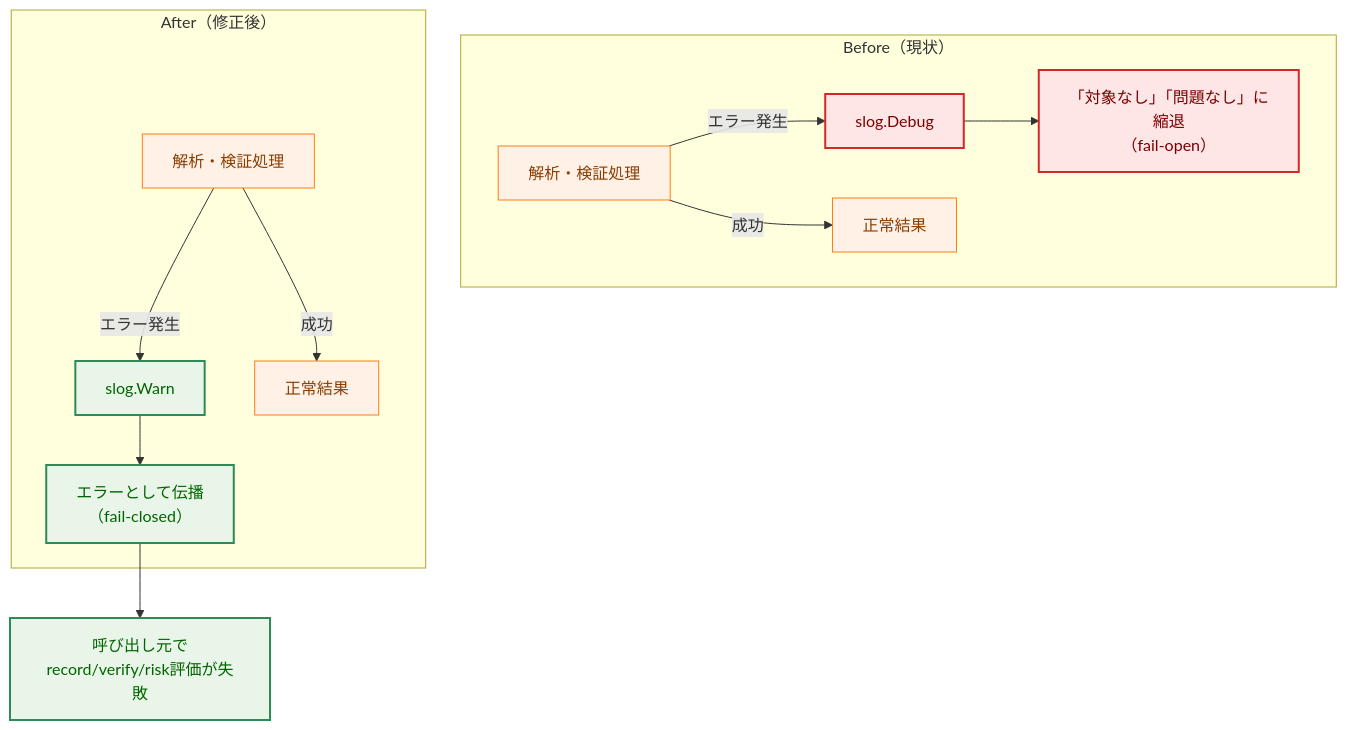
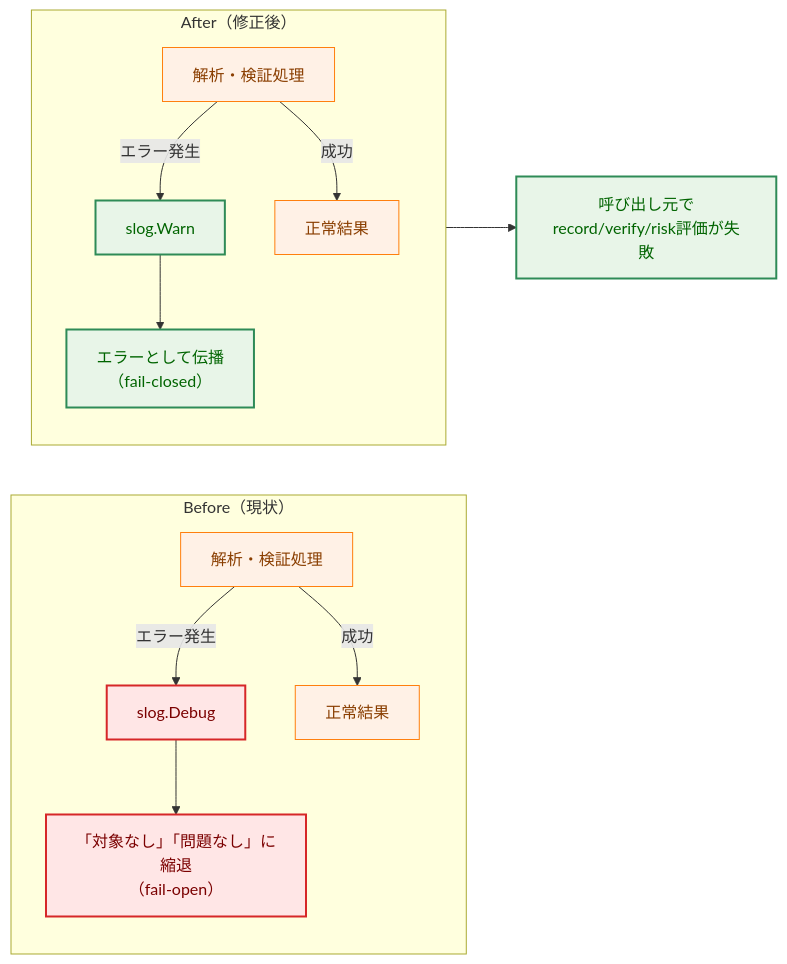
Before and after one commit to isseis/go-safe-cmd-runner: the first of 5 diagrams in docs/tasks/0153_failopen_error_handling_crosscut/02_architecture.md, drawn with Mermaid. The commit also changed other lines of this file, not shown here.

First line of the commit message:
docs(0153): replace Mermaid diagrams with tables in sections 1.2 and 2.1

````diff
--- a/docs/tasks/0153_failopen_error_handling_crosscut/02_architecture.md
+++ b/docs/tasks/0153_failopen_error_handling_crosscut/02_architecture.md
@@ -37,26 +37,28 @@
 ```mermaid
-flowchart TD
+flowchart LR
     classDef process fill:#fff1e6,stroke:#ff7f0e,stroke-width:1px,color:#8a3e00;
     classDef problem fill:#ffe6e6,stroke:#d62728,stroke-width:2px,color:#7b0000;
     classDef enhanced fill:#e8f5e8,stroke:#2e8b57,stroke-width:2px,color:#006400;
 
     subgraph Before["Before（現状）"]
+        direction TB
         S1["解析・検証処理"] -->|"エラー発生"| L1["slog.Debug"]
         L1 --> R1["「対象なし」「問題なし」に縮退<br>（fail-open）"]
         S1 -->|"成功"| N1["正常結果"]
     end
 
     subgraph After["After（修正後）"]
+        direction TB
         S2["解析・検証処理"] -->|"エラー発生"| L2["slog.Warn"]
         L2 --> R2["エラーとして伝播<br>（fail-closed）"]
         S2 -->|"成功"| N2["正常結果"]
     end
 
     class S1,S2 process
     class L1,R1 problem
     class L2,R2 enhanced
     class N1,N2 process
 
-    R2 --> Caller["呼び出し元で<br>record/verify/risk評価が失敗"]
+    After --> Caller["呼び出し元で<br>record/verify/risk評価が失敗"]
     class Caller enhanced
 ```
````
